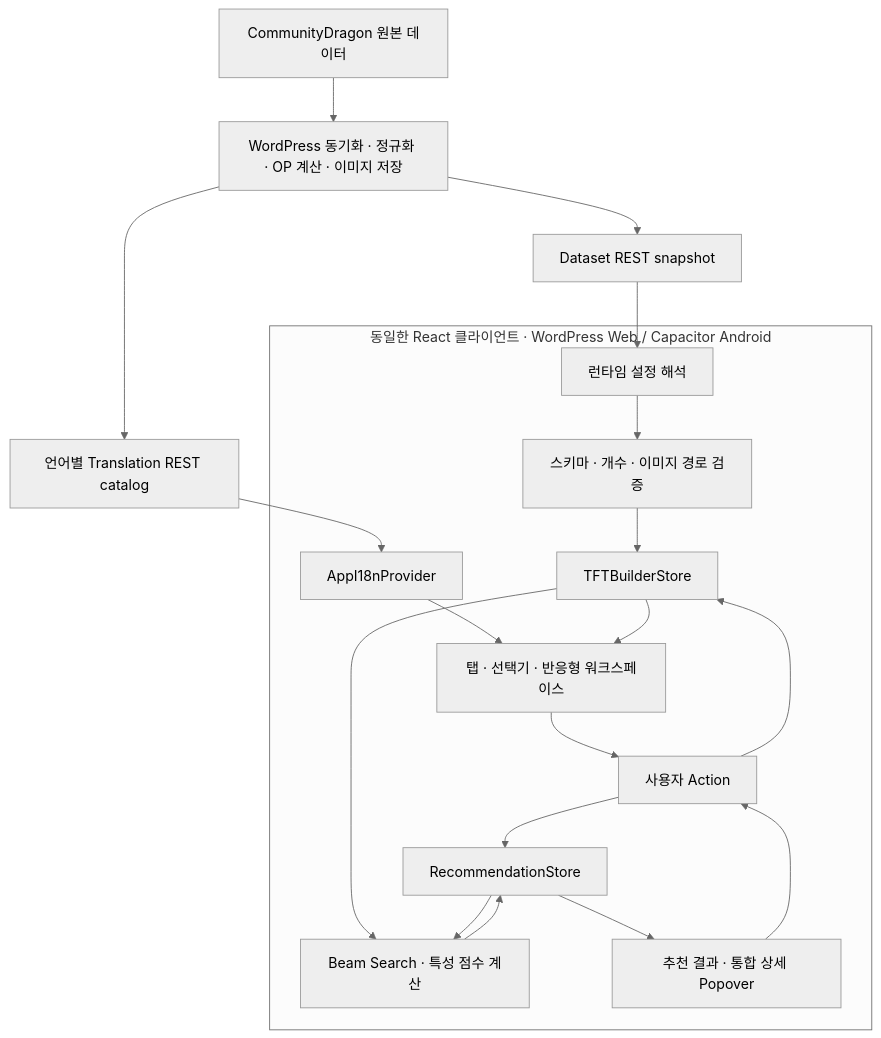
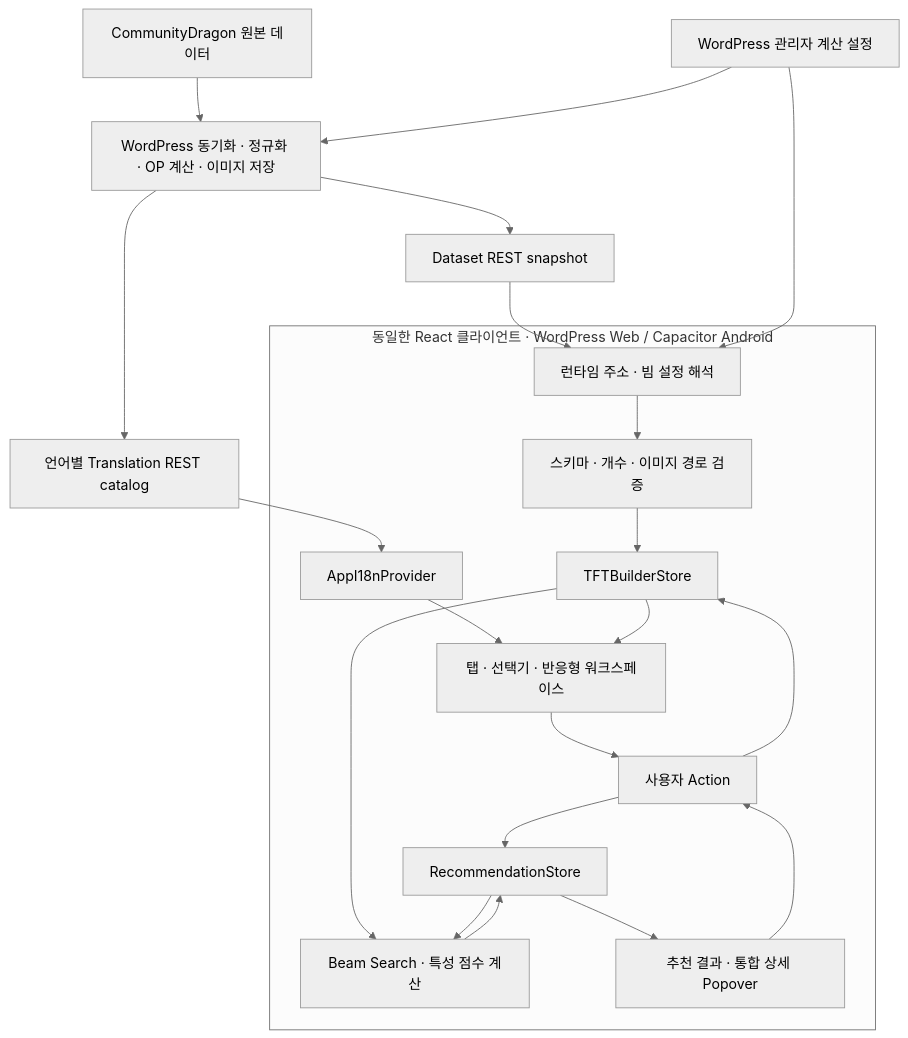
The first of 6 diagrams in vite-project/src/features/README.md (kimdol/my-tft-app), drawn with Mermaid (neutral theme) before and after one commit. The commit also changed other lines of this file, not shown here.

Commit message:
Update frontend architecture documentation

````diff
--- a/vite-project/src/features/README.md
+++ b/vite-project/src/features/README.md
@@ -11,34 +13,36 @@
 ```mermaid
 flowchart TB
     Source["CommunityDragon 원본 데이터"] --> Sync["WordPress 동기화 · 정규화 · OP 계산 · 이미지 저장"]
+    AdminSettings["WordPress 관리자 계산 설정"] --> Sync
     Sync --> Dataset["Dataset REST snapshot"]
     Sync --> Translations["언어별 Translation REST catalog"]
 
     subgraph Client["동일한 React 클라이언트 · WordPress Web / Capacitor Android"]
-        Config["런타임 설정 해석"]
+        Config["런타임 주소 · 빔 설정 해석"]
         Boundary["스키마 · 개수 · 이미지 경로 검증"]
         DataStore["TFTBuilderStore"]
         I18n["AppI18nProvider"]
         Workspace["탭 · 선택기 · 반응형 워크스페이스"]
         Actions["사용자 Action"]
         RecommendationStore["RecommendationStore"]
         Beam["Beam Search · 특성 점수 계산"]
         Result["추천 결과 · 통합 상세 Popover"]
 
         Config --> Boundary
         Boundary --> DataStore
         I18n --> Workspace
         DataStore --> Workspace
         Workspace --> Actions
         Actions --> DataStore
         Actions --> RecommendationStore
         DataStore --> Beam
         RecommendationStore --> Beam
         Beam --> RecommendationStore
         RecommendationStore --> Result
         Result --> Actions
     end
 
     Dataset --> Config
+    AdminSettings --> Config
     Translations --> I18n
 ```
````
